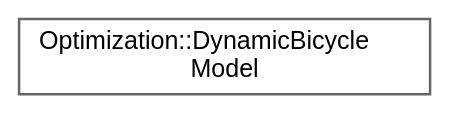
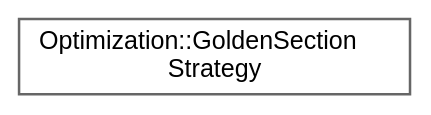
Before and after one commit to jswoo0615/Algorithms_for_Optimization_cpp: the diagram in inherit_graph_23.dot, drawn with Graphviz. The commit also changed 113 other files, not shown here.

```diff
--- a/inherit_graph_23.dot
+++ b/inherit_graph_23.dot
@@ -1,9 +1,9 @@
 digraph "Graphical Class Hierarchy"
 {
  // LATEX_PDF_SIZE
   bgcolor="transparent";
   edge [fontname=Helvetica,fontsize=10,labelfontname=Helvetica,labelfontsize=10];
   node [fontname=Helvetica,fontsize=10,shape=box,height=0.2,width=0.4];
   rankdir="LR";
-  Node0 [id="Node000000",label="Optimization::DynamicBicycle\lModel",height=0.2,width=0.4,color="grey40", fillcolor="white", style="filled",URL="$classOptimization_1_1DynamicBicycleModel.html",tooltip=" "];
+  Node0 [id="Node000000",label="Optimization::GoldenSection\lStrategy",height=0.2,width=0.4,color="grey40", fillcolor="white", style="filled",URL="$structOptimization_1_1GoldenSectionStrategy.html",tooltip="선 탐색(Line Search)을 순환 좌표 탐색에 연결하는 전략 구조체"];
 }
```
